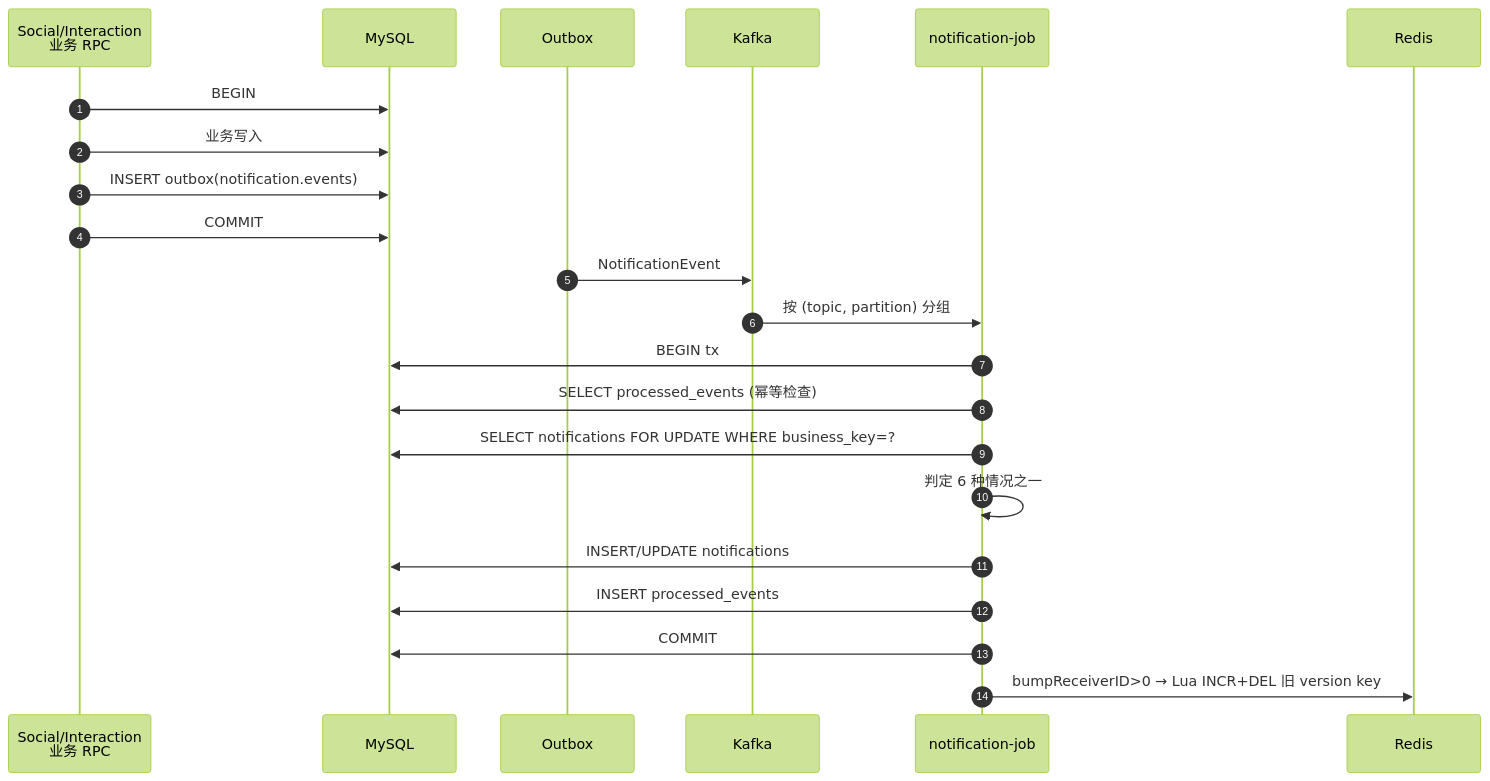
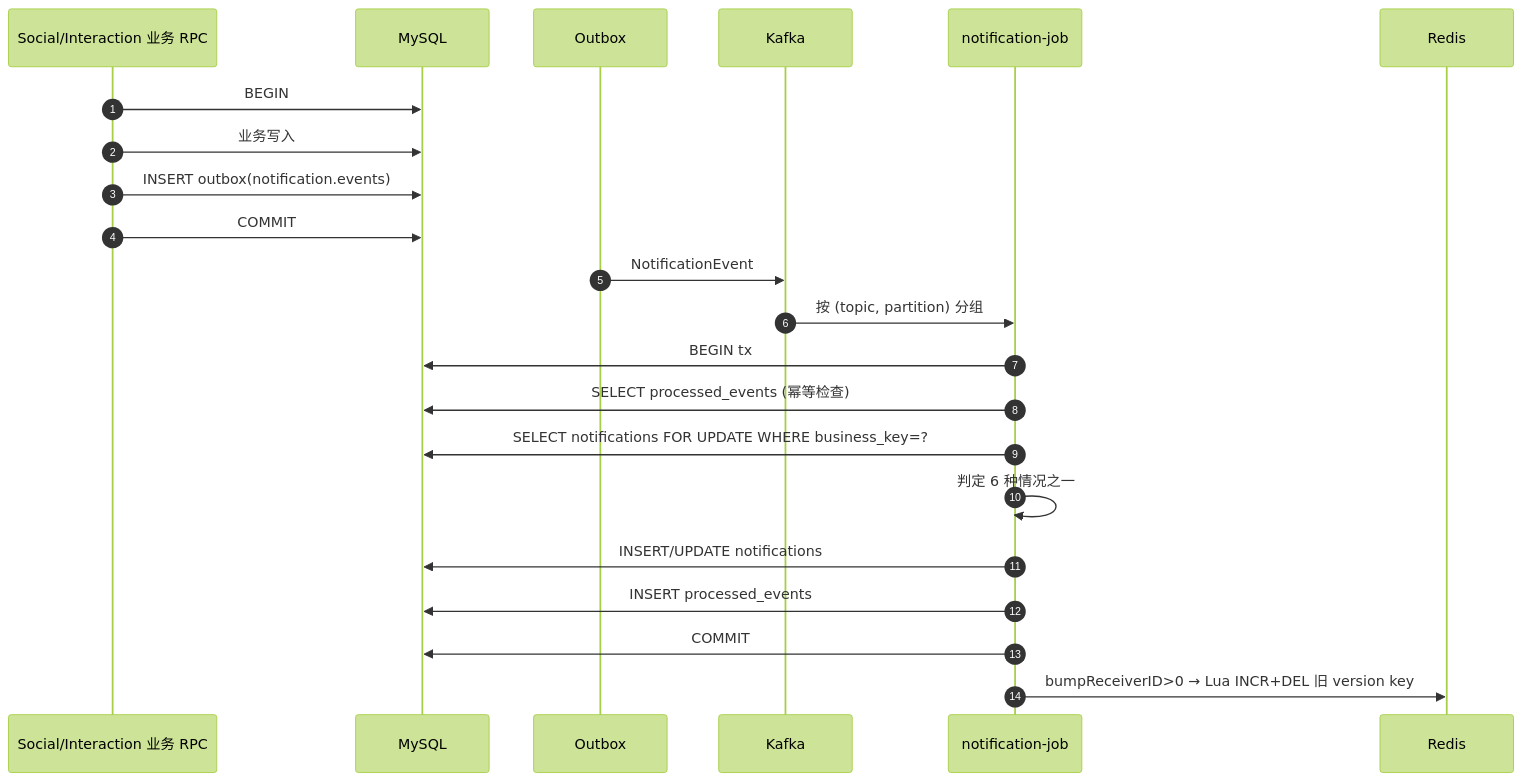
Diagram 19 of 28 in docs/PROJECT_OVERVIEW.md (Redeemz473/feedsystem-zero), drawn with Mermaid (forest theme) before and after one commit. The commit also changed other lines of this file, not shown here.

Commit message:
docs(overview): normalize all 28 mermaid diagrams for github renderer (remove 124 br tags and 3 dashed-with-label edges)

````diff
--- a/docs/PROJECT_OVERVIEW.md
+++ b/docs/PROJECT_OVERVIEW.md
@@ -3126,27 +3126,27 @@
 ```mermaid
 sequenceDiagram
     autonumber
-    participant S as Social/Interaction<br/>业务 RPC
+    participant S as Social/Interaction 业务 RPC
     participant DB as MySQL
     participant OB as Outbox
     participant K as Kafka
     participant J as notification-job
     participant R as Redis
 
     S->>DB: BEGIN
     S->>DB: 业务写入
     S->>DB: INSERT outbox(notification.events)
     S->>DB: COMMIT
 
     OB->>K: NotificationEvent
 
     K->>J: 按 (topic, partition) 分组
     J->>DB: BEGIN tx
     J->>DB: SELECT processed_events (幂等检查)
     J->>DB: SELECT notifications FOR UPDATE WHERE business_key=?
     J->>J: 判定 6 种情况之一
     J->>DB: INSERT/UPDATE notifications
     J->>DB: INSERT processed_events
     J->>DB: COMMIT
     J->>R: bumpReceiverID>0 → Lua INCR+DEL 旧 version key
 ```
````
